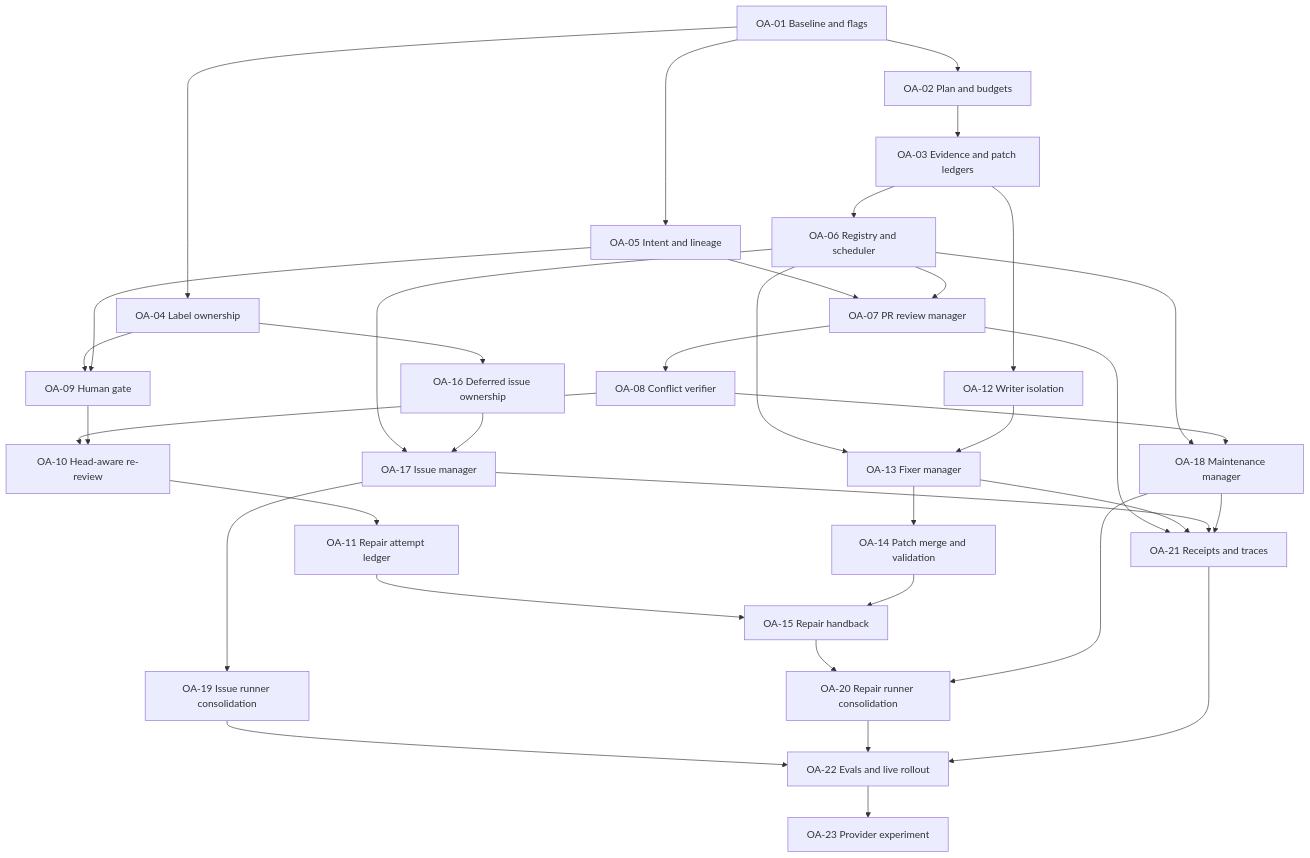
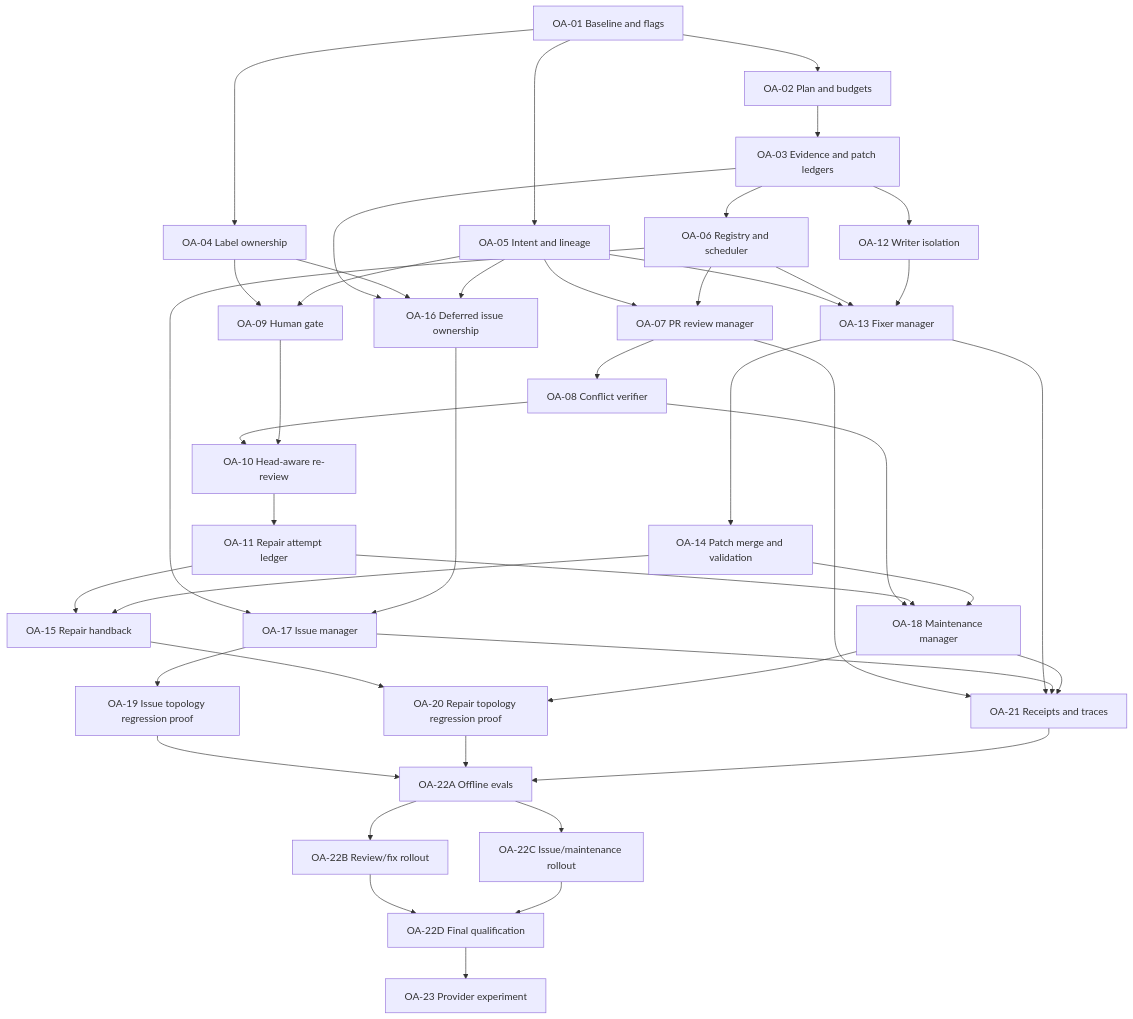
One commit to coryparrry/Codekeeper changed the diagram in docs/MULTI_AGENT_ORCHESTRATION_TASKS.md. Above: the diagram before and after it, drawn with Mermaid. The commit also changed other lines of this file and 1 other file, not shown here.

````diff
--- a/docs/MULTI_AGENT_ORCHESTRATION_TASKS.md
+++ b/docs/MULTI_AGENT_ORCHESTRATION_TASKS.md
@@ -45,38 +45,46 @@
 ```mermaid
 flowchart TD
     O1["OA-01 Baseline and flags"] --> O2["OA-02 Plan and budgets"]
     O1 --> O4["OA-04 Label ownership"]
     O1 --> O5["OA-05 Intent and lineage"]
     O2 --> O3["OA-03 Evidence and patch ledgers"]
     O3 --> O6["OA-06 Registry and scheduler"]
     O5 --> O7["OA-07 PR review manager"]
     O4 --> O9["OA-09 Human gate"]
     O5 --> O9
     O6 --> O7["OA-07 PR review manager"]
     O7 --> O8["OA-08 Conflict verifier"]
     O8 --> O10["OA-10 Head-aware re-review"]
     O9 --> O10
     O10 --> O11["OA-11 Repair attempt ledger"]
     O3 --> O12["OA-12 Writer isolation"]
+    O5 --> O13["OA-13 Fixer manager"]
     O6 --> O13["OA-13 Fixer manager"]
     O12 --> O13
     O13 --> O14["OA-14 Patch merge and validation"]
     O11 --> O15["OA-15 Repair handback"]
     O14 --> O15
-    O4 --> O16["OA-16 Deferred issue ownership"]
+    O3 --> O16["OA-16 Deferred issue ownership"]
+    O4 --> O16
+    O5 --> O16
     O6 --> O17["OA-17 Issue manager"]
     O16 --> O17
-    O6 --> O18["OA-18 Maintenance manager"]
     O8 --> O18
-    O17 --> O19["OA-19 Issue runner consolidation"]
-    O15 --> O20["OA-20 Repair runner consolidation"]
+    O11 --> O18["OA-18 Maintenance manager"]
+    O14 --> O18
+    O17 --> O19["OA-19 Issue topology regression proof"]
+    O15 --> O20["OA-20 Repair topology regression proof"]
     O18 --> O20
     O7 --> O21["OA-21 Receipts and traces"]
     O13 --> O21
     O17 --> O21
     O18 --> O21
-    O19 --> O22["OA-22 Evals and live rollout"]
-    O20 --> O22
-    O21 --> O22
-    O22 --> O23["OA-23 Provider experiment"]
+    O19 --> O22A["OA-22A Offline evals"]
+    O20 --> O22A
+    O21 --> O22A
+    O22A --> O22B["OA-22B Review/fix rollout"]
+    O22A --> O22C["OA-22C Issue/maintenance rollout"]
+    O22B --> O22D["OA-22D Final qualification"]
+    O22C --> O22D
+    O22D --> O23["OA-23 Provider experiment"]
 ```
````
